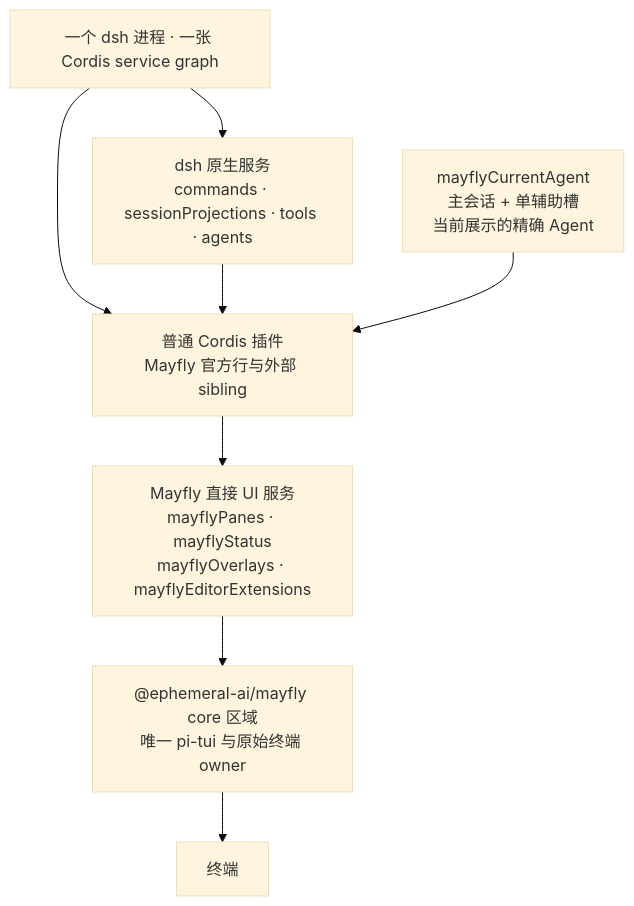
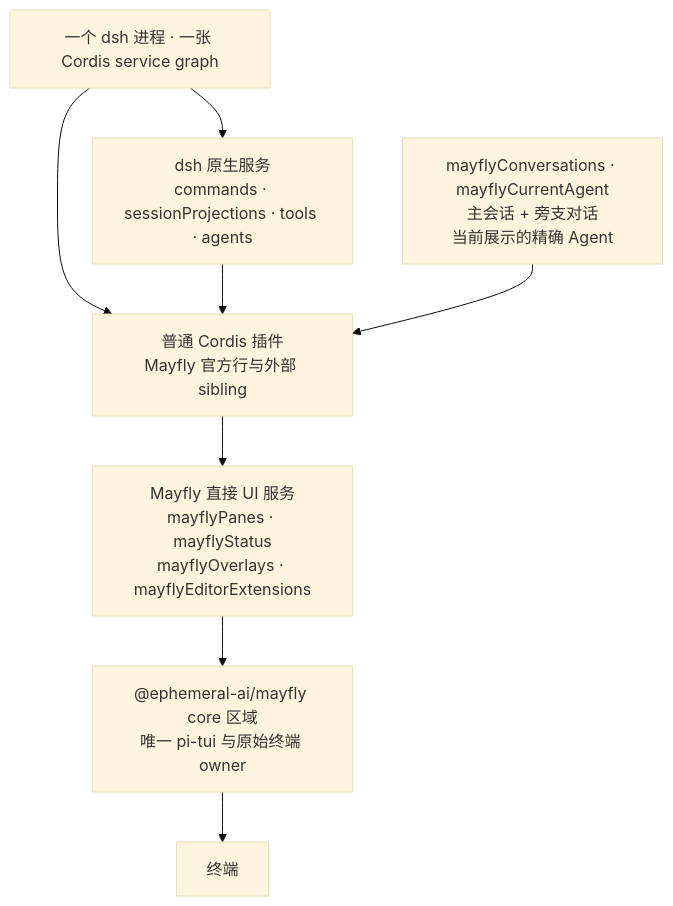
Before and after one commit to Ephemeral-AI-Lab/mayfly: the diagram in docs/diagrams/mayfly-layers.zh.mmd, drawn with Mermaid (base theme). The commit also changed 51 other files, not shown here.

```diff
--- a/docs/diagrams/mayfly-layers.zh.mmd
+++ b/docs/diagrams/mayfly-layers.zh.mmd
@@ -1,16 +1,16 @@
 flowchart TB
     ROOT["一个 dsh 进程 · 一张 Cordis service graph"]
     DSH["dsh 原生服务<br/>commands · sessionProjections · tools · agents"]
     PLUGIN["普通 Cordis 插件<br/>Mayfly 官方行与外部 sibling"]
-    AGENT["mayflyCurrentAgent<br/>主会话 + 单辅助槽<br/>当前展示的精确 Agent"]
+    AGENT["mayflyConversations · mayflyCurrentAgent<br/>主会话 + 旁支对话<br/>当前展示的精确 Agent"]
     UI["Mayfly 直接 UI 服务<br/>mayflyPanes · mayflyStatus<br/>mayflyOverlays · mayflyEditorExtensions"]
     CORE["@ephemeral-ai/mayfly core 区域<br/>唯一 pi-tui 与原始终端 owner"]
     TERM["终端"]
 
     ROOT --> DSH
     ROOT --> PLUGIN
     DSH --> PLUGIN
     AGENT --> PLUGIN
     PLUGIN --> UI
     UI --> CORE
     CORE --> TERM
```
